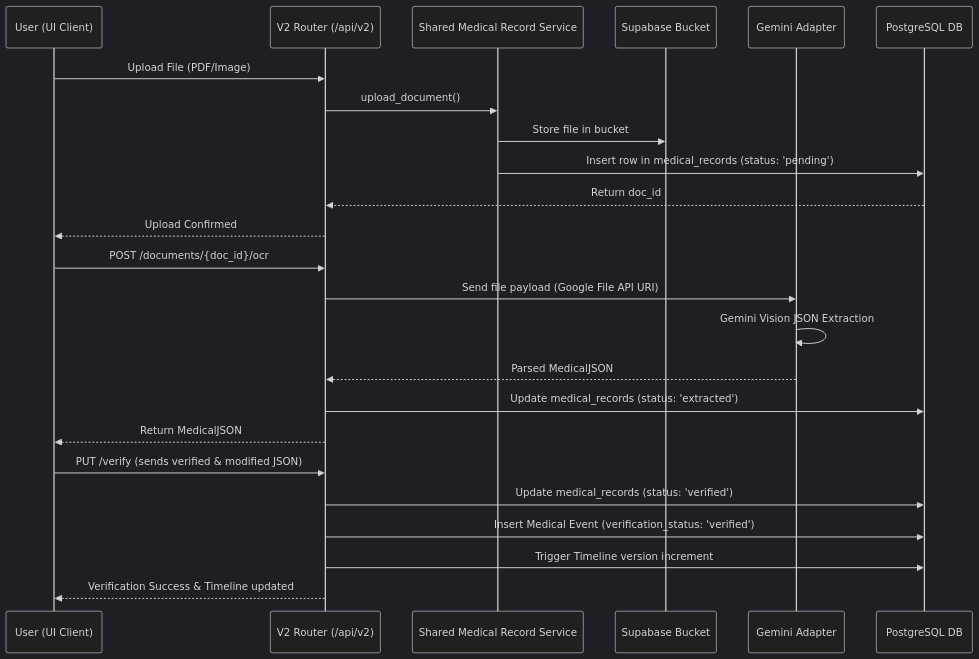
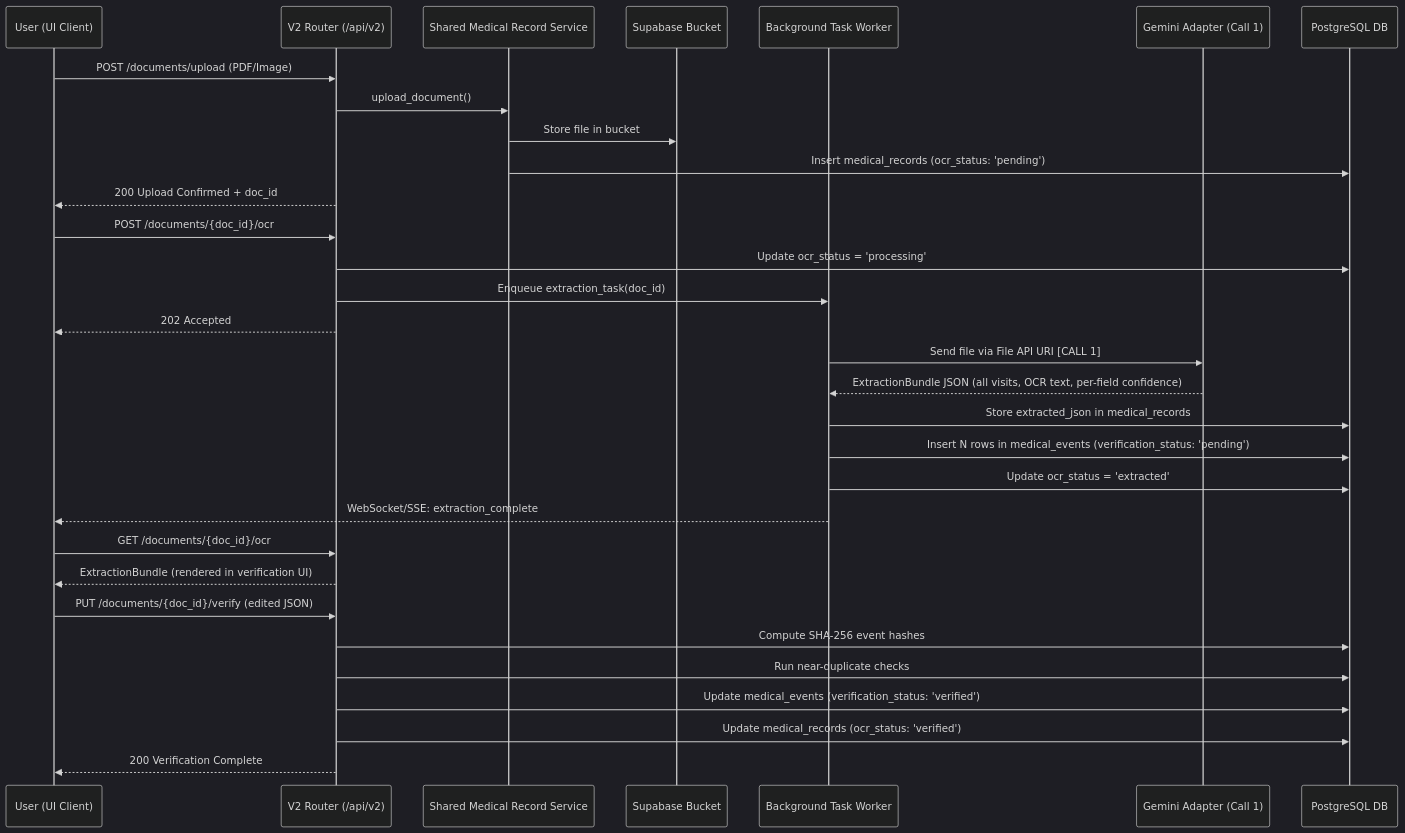
The first of 4 diagrams in docs/appdocs/ai_timeline.docs/api_dbSpecs_ai_timeline.md (JannathBarveenR/blogreact), drawn with Mermaid (dark theme) before and after one commit. The commit also changed other lines of this file and 2 other files, not shown here.

Commit message:
updated aitimeline docs v4

````diff
--- a/docs/appdocs/ai_timeline.docs/api_dbSpecs_ai_timeline.md
+++ b/docs/appdocs/ai_timeline.docs/api_dbSpecs_ai_timeline.md
@@ -309,29 +522,38 @@
 ```mermaid
 sequenceDiagram
     participant User as User (UI Client)
     participant V2R as V2 Router (/api/v2)
     participant MRService as Shared Medical Record Service
     participant Storage as Supabase Bucket
-    participant Gemini as Gemini Adapter
+    participant BG as Background Task Worker
+    participant Gemini as Gemini Adapter (Call 1)
     participant DB as PostgreSQL DB
 
-    User->>V2R: Upload File (PDF/Image)
+    User->>V2R: POST /documents/upload (PDF/Image)
     V2R->>MRService: upload_document()
     MRService->>Storage: Store file in bucket
-    MRService->>DB: Insert row in medical_records (status: 'pending')
-    DB-->>V2R: Return doc_id
-    V2R-->>User: Upload Confirmed
+    MRService->>DB: Insert medical_records (ocr_status: 'pending')
+    V2R-->>User: 200 Upload Confirmed + doc_id
 
     User->>V2R: POST /documents/{doc_id}/ocr
-    V2R->>Gemini: Send file payload (Google File API URI)
-    Gemini->>Gemini: Gemini Vision JSON Extraction
-    Gemini-->>V2R: Parsed MedicalJSON
-    V2R->>DB: Update medical_records (status: 'extracted')
-    V2R-->>User: Return MedicalJSON
+    V2R->>DB: Update ocr_status = 'processing'
+    V2R->>BG: Enqueue extraction_task(doc_id)
+    V2R-->>User: 202 Accepted
 
-    User->>V2R: PUT /verify (sends verified & modified JSON)
-    V2R->>DB: Update medical_records (status: 'verified')
-    V2R->>DB: Insert Medical Event (verification_status: 'verified')
-    V2R->>DB: Trigger Timeline version increment
-    V2R-->>User: Verification Success & Timeline updated
+    BG->>Gemini: Send file via File API URI [CALL 1]
+    Gemini-->>BG: ExtractionBundle JSON (all visits, OCR text, per-field confidence)
+    BG->>DB: Store extracted_json in medical_records
+    BG->>DB: Insert N rows in medical_events (verification_status: 'pending')
+    BG->>DB: Update ocr_status = 'extracted'
+    BG-->>User: WebSocket/SSE: extraction_complete
+
+    User->>V2R: GET /documents/{doc_id}/ocr
+    V2R-->>User: ExtractionBundle (rendered in verification UI)
+
+    User->>V2R: PUT /documents/{doc_id}/verify (edited JSON)
+    V2R->>DB: Compute SHA-256 event hashes
+    V2R->>DB: Run near-duplicate checks
+    V2R->>DB: Update medical_events (verification_status: 'verified')
+    V2R->>DB: Update medical_records (ocr_status: 'verified')
+    V2R-->>User: 200 Verification Complete
 ```
````
